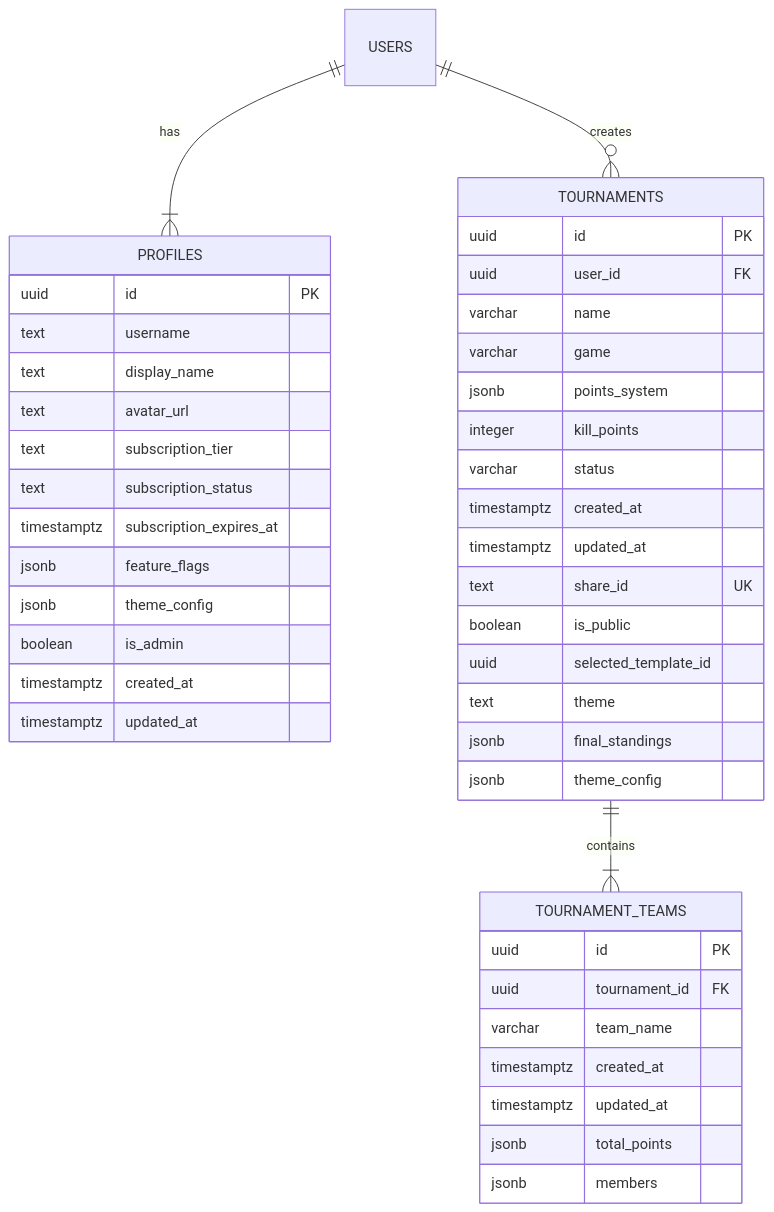
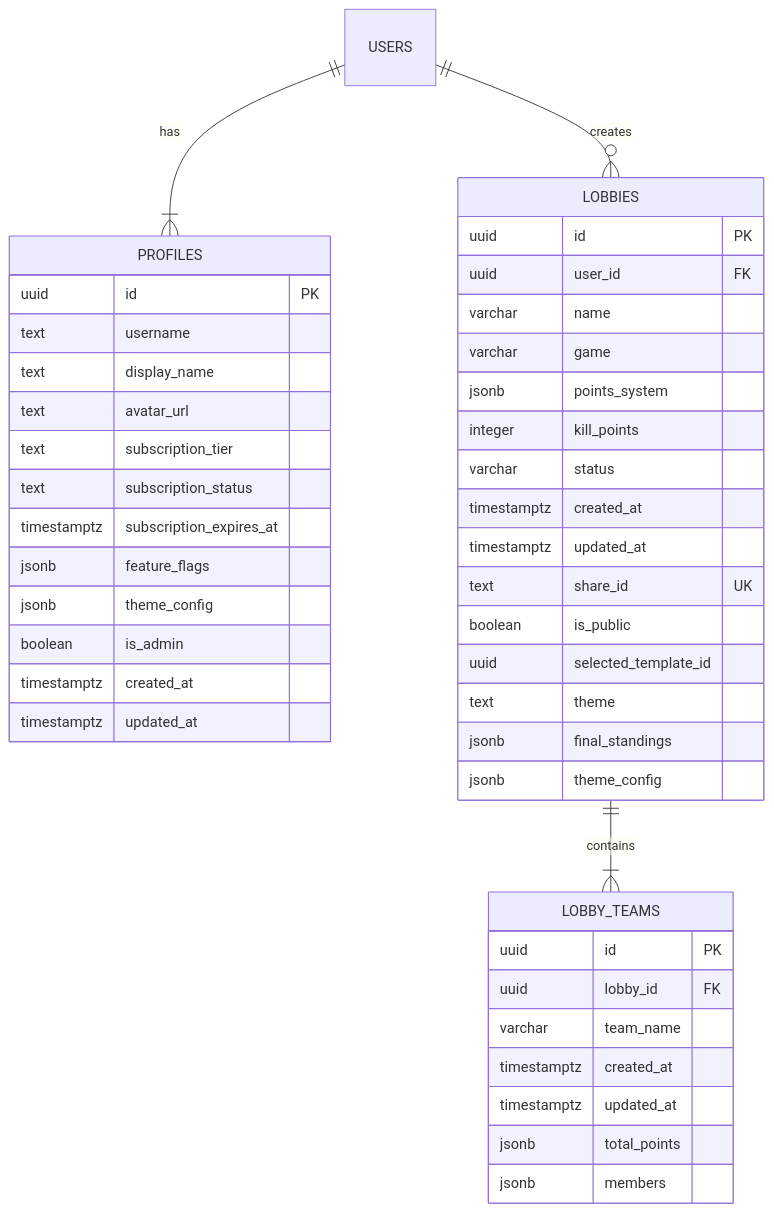
One commit to praneeth4040/LazarFlow changed the diagram in DATABASE_SCHEMA.md. Above: the diagram before and after it, drawn with Mermaid. The commit also changed other lines of this file and 11 other files, not shown here.

Commit message:
Update table references from tournaments to lobbies and tournament_teams to lobby_teams

````diff
--- a/DATABASE_SCHEMA.md
+++ b/DATABASE_SCHEMA.md
@@ -92,50 +92,50 @@
 ```mermaid
 erDiagram
     USERS ||--|{ PROFILES : "has"
-    USERS ||--o{ TOURNAMENTS : "creates"
+    USERS ||--o{ LOBBIES : "creates"
 
-    TOURNAMENTS ||--|{ TOURNAMENT_TEAMS : "contains"
+    LOBBIES ||--|{ LOBBY_TEAMS : "contains"
 
     PROFILES {
         uuid id PK
         text username
         text display_name
         text avatar_url
         text subscription_tier
         text subscription_status
         timestamptz subscription_expires_at
         jsonb feature_flags
         jsonb theme_config
         boolean is_admin
         timestamptz created_at
         timestamptz updated_at
     }
 
-    TOURNAMENTS {
+    LOBBIES {
         uuid id PK
         uuid user_id FK
         varchar name
         varchar game
         jsonb points_system
         integer kill_points
         varchar status
         timestamptz created_at
         timestamptz updated_at
         text share_id UK
         boolean is_public
         uuid selected_template_id
         text theme
         jsonb final_standings
         jsonb theme_config
     }
 
-    TOURNAMENT_TEAMS {
+    LOBBY_TEAMS {
         uuid id PK
-        uuid tournament_id FK
+        uuid lobby_id FK
         varchar team_name
         timestamptz created_at
         timestamptz updated_at
         jsonb total_points
         jsonb members
     }
 ```
````
